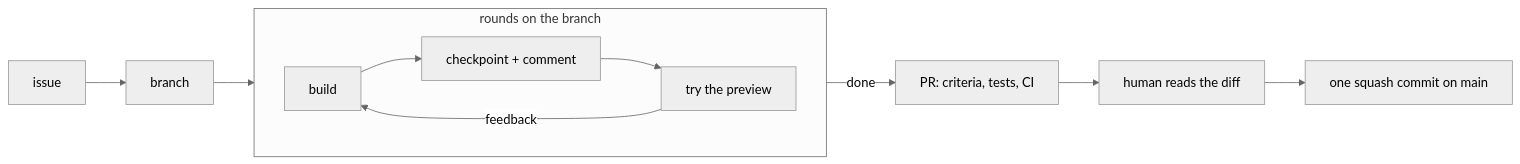
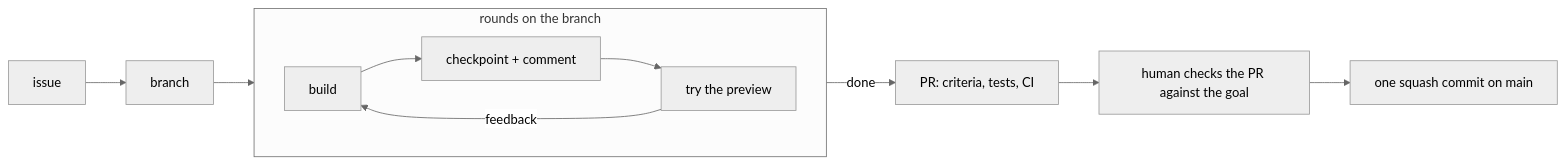
One commit to AlexHagemeister/gnadd changed the second of 2 diagrams in README.md. Above: the diagram before and after it, drawn with Mermaid (neutral theme). The commit also changed other lines of this file, not shown here.

First line of the commit message:
docs: README says the human checks the PR against the goal

````diff
--- a/README.md
+++ b/README.md
@@ -87,13 +87,13 @@
 ```mermaid
 flowchart LR
   I[issue] --> B[branch]
   subgraph rounds [rounds on the branch]
     direction LR
     R[build] --> C[checkpoint + comment] --> T[try the preview]
     T -->|feedback| R
   end
   B --> R
   T -->|done| PR[PR: criteria, tests, CI]
-  PR --> D[human reads the diff]
+  PR --> D[human checks the PR against the goal]
   D --> M[one squash commit on main]
 ```
````
